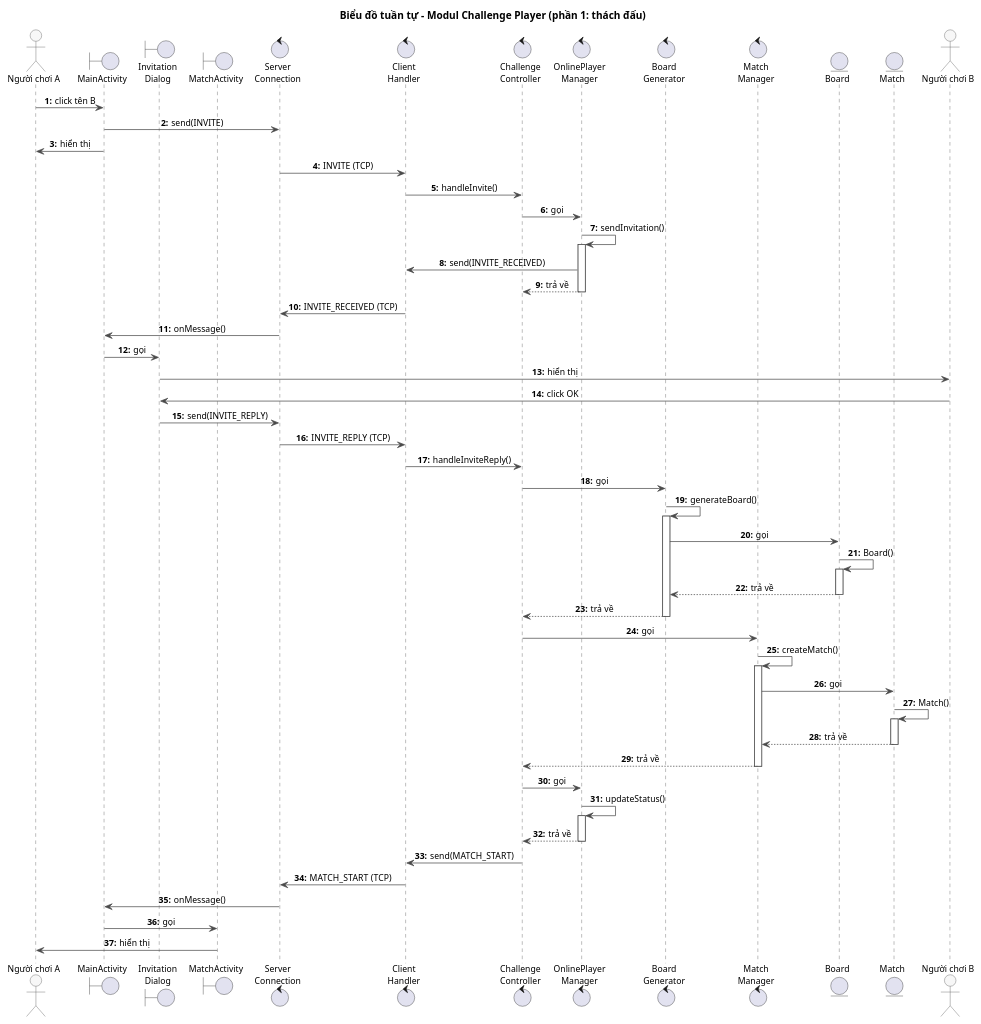
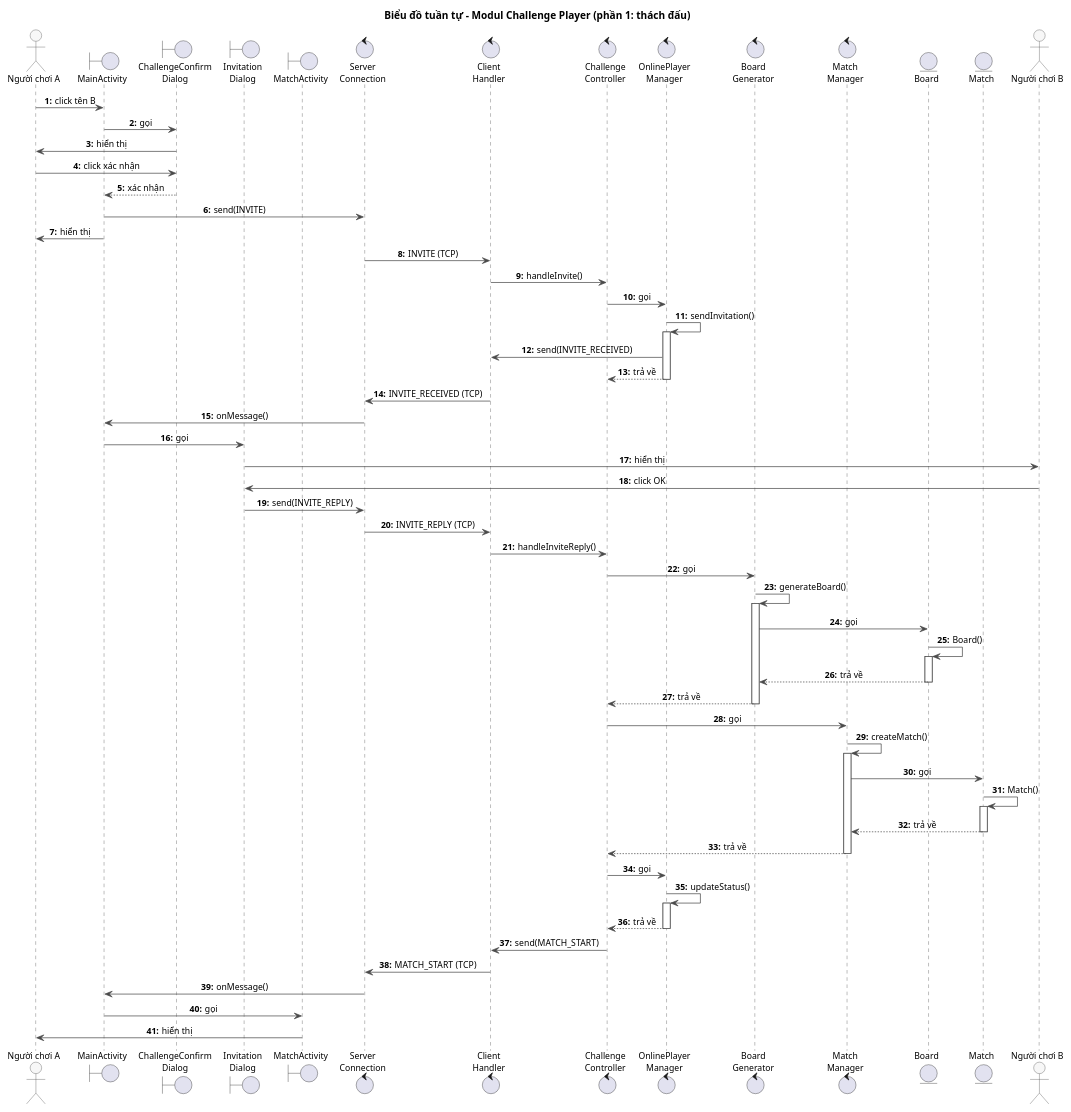
Before and after one commit to VattenL/mobile-pikachu: the diagram in docs/uml/pha3/seq-m3-1.puml, drawn with PlantUML. The commit also changed 25 other files, not shown here.

First line of the commit message:
docs: apply team review on use cases and challenge flow

```diff
--- a/docs/uml/pha3/seq-m3-1.puml
+++ b/docs/uml/pha3/seq-m3-1.puml
@@ -1,81 +1,86 @@
 @startuml seq-m3-1
 title Biểu đồ tuần tự - Modul Challenge Player (phần 1: thách đấu)
 
 skinparam shadowing false
 skinparam defaultFontSize 12
 skinparam sequenceMessageAlign center
 skinparam responseMessageBelowArrow true
 skinparam ArrowColor #4A4A4A
 skinparam sequence {
   LifeLineBorderColor #4A4A4A
   ParticipantBorderColor #4A4A4A
   ParticipantBackgroundColor #F7F7F7
   ActorBorderColor #4A4A4A
   ActorBackgroundColor #F7F7F7
 }
 autonumber "<b>0:"
 
 actor "Người chơi A" as A
 boundary MainActivity
+boundary "ChallengeConfirm\nDialog" as ChallengeConfirmDialog
 boundary "Invitation\nDialog" as InvitationDialog
 boundary MatchActivity
 control "Server\nConnection" as ServerConnection
 control "Client\nHandler" as ClientHandler
 control "Challenge\nController" as ChallengeController
 control "OnlinePlayer\nManager" as OnlinePlayerManager
 control "Board\nGenerator" as BoardGenerator
 control "Match\nManager" as MatchManager
 entity Board
 entity Match
 actor "Người chơi B" as B
 
 A -> MainActivity : click tên B
+MainActivity -> ChallengeConfirmDialog : gọi
+ChallengeConfirmDialog -> A : hiển thị
+A -> ChallengeConfirmDialog : click xác nhận
+ChallengeConfirmDialog --> MainActivity : xác nhận
 MainActivity -> ServerConnection : send(INVITE)
 MainActivity -> A : hiển thị
 ServerConnection -> ClientHandler : INVITE (TCP)
 ClientHandler -> ChallengeController : handleInvite()
 ChallengeController -> OnlinePlayerManager : gọi
 OnlinePlayerManager -> OnlinePlayerManager : sendInvitation()
 activate OnlinePlayerManager
 OnlinePlayerManager -> ClientHandler : send(INVITE_RECEIVED)
 OnlinePlayerManager --> ChallengeController : trả về
 deactivate OnlinePlayerManager
 ClientHandler -> ServerConnection : INVITE_RECEIVED (TCP)
 ServerConnection -> MainActivity : onMessage()
 MainActivity -> InvitationDialog : gọi
 InvitationDialog -> B : hiển thị
 B -> InvitationDialog : click OK
 InvitationDialog -> ServerConnection : send(INVITE_REPLY)
 ServerConnection -> ClientHandler : INVITE_REPLY (TCP)
 ClientHandler -> ChallengeController : handleInviteReply()
 ChallengeController -> BoardGenerator : gọi
 BoardGenerator -> BoardGenerator : generateBoard()
 activate BoardGenerator
 BoardGenerator -> Board : gọi
 Board -> Board : Board()
 activate Board
 Board --> BoardGenerator : trả về
 deactivate Board
 BoardGenerator --> ChallengeController : trả về
 deactivate BoardGenerator
 ChallengeController -> MatchManager : gọi
 MatchManager -> MatchManager : createMatch()
 activate MatchManager
 MatchManager -> Match : gọi
 Match -> Match : Match()
 activate Match
 Match --> MatchManager : trả về
 deactivate Match
 MatchManager --> ChallengeController : trả về
 deactivate MatchManager
 ChallengeController -> OnlinePlayerManager : gọi
 OnlinePlayerManager -> OnlinePlayerManager : updateStatus()
 activate OnlinePlayerManager
 OnlinePlayerManager --> ChallengeController : trả về
 deactivate OnlinePlayerManager
 ChallengeController -> ClientHandler : send(MATCH_START)
 ClientHandler -> ServerConnection : MATCH_START (TCP)
 ServerConnection -> MainActivity : onMessage()
 MainActivity -> MatchActivity : gọi
 MatchActivity -> A : hiển thị
 @enduml
```
